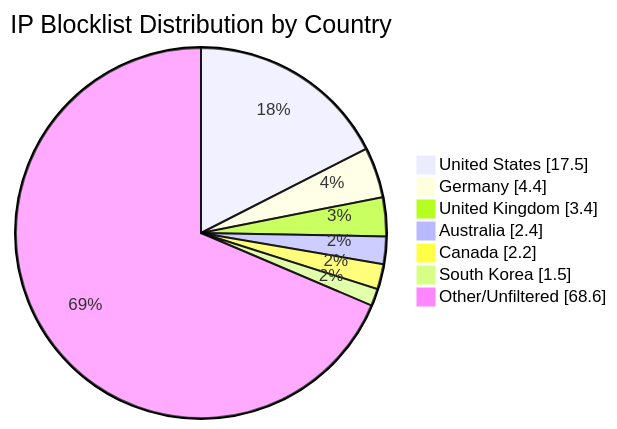
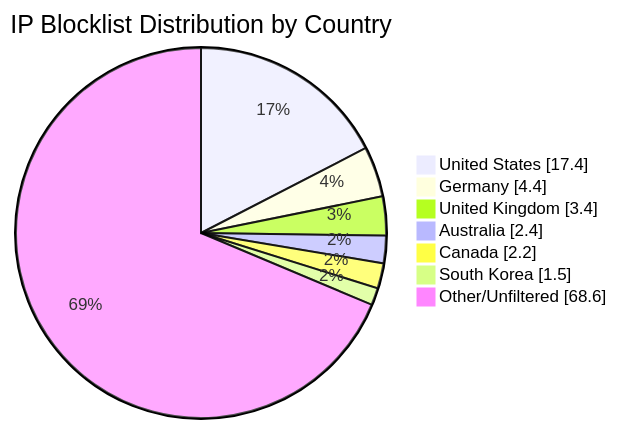
One commit to MarcusHoltz/ipblocklist-geofiltered-aggregator changed the diagram in README.md. Above: the diagram before and after it, drawn with Mermaid. The commit also changed other lines of this file and 9 other files, not shown here.

````diff
--- a/README.md
+++ b/README.md
@@ -34,10 +34,10 @@
 ```mermaid
 pie showData title IP Blocklist Distribution by Country
-"United States" : 17.5
+"United States" : 17.4
 "Germany" : 4.4
 "United Kingdom" : 3.4
 "Australia" : 2.4
 "Canada" : 2.2
 "South Korea" : 1.5
 "Other/Unfiltered" : 68.6
 ```
````
